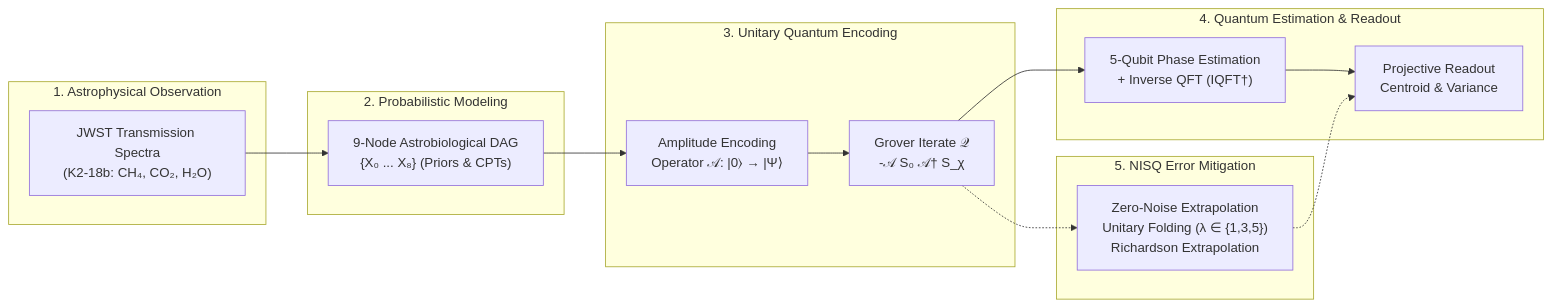
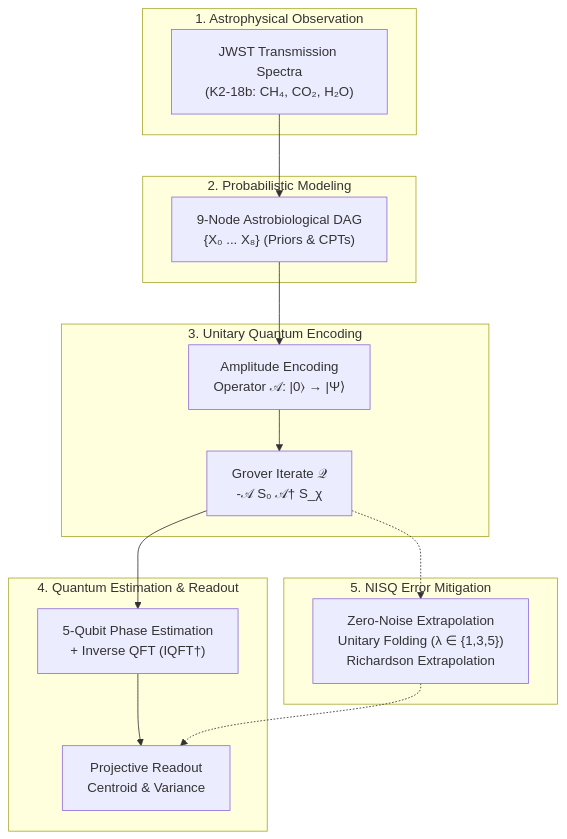
One commit to danielriverolosa/quantum-bayesian-inference-astrobiology changed the diagram in README.md. Above: the diagram before and after it, drawn with Mermaid.

Commit message:
docs(readme): orient Mermaid architecture diagram vertically (TD)

````diff
--- a/README.md
+++ b/README.md
@@ -52,27 +52,32 @@
 ```mermaid
-flowchart LR
+flowchart TD
     subgraph S1["1. Astrophysical Observation"]
         OBS["JWST Transmission Spectra<br/>(K2-18b: CH₄, CO₂, H₂O)"]
     end
 
     subgraph S2["2. Probabilistic Modeling"]
         DAG["9-Node Astrobiological DAG<br/>{X₀ ... X₈} (Priors & CPTs)"]
     end
 
     subgraph S3["3. Unitary Quantum Encoding"]
         AE["Amplitude Encoding<br/>Operator 𝒜: |0⟩ → |Ψ⟩"]
         Q["Grover Iterate 𝒬<br/>-𝒜 S₀ 𝒜† S_χ"]
     end
 
     subgraph S4["4. Quantum Estimation & Readout"]
         QPE["5-Qubit Phase Estimation<br/>+ Inverse QFT (IQFT†)"]
         MEAS["Projective Readout<br/>Centroid & Variance"]
     end
 
     subgraph S5["5. NISQ Error Mitigation"]
         ZNE["Zero-Noise Extrapolation<br/>Unitary Folding (λ ∈ {1,3,5})<br/>Richardson Extrapolation"]
     end
 
-    OBS --> DAG --> AE --> Q --> QPE --> MEAS
-    Q -.-> ZNE -.-> MEAS
+    OBS --> DAG
+    DAG --> AE
+    AE --> Q
+    Q --> QPE
+    QPE --> MEAS
+    Q -.-> ZNE
+    ZNE -.-> MEAS
 ```
````
